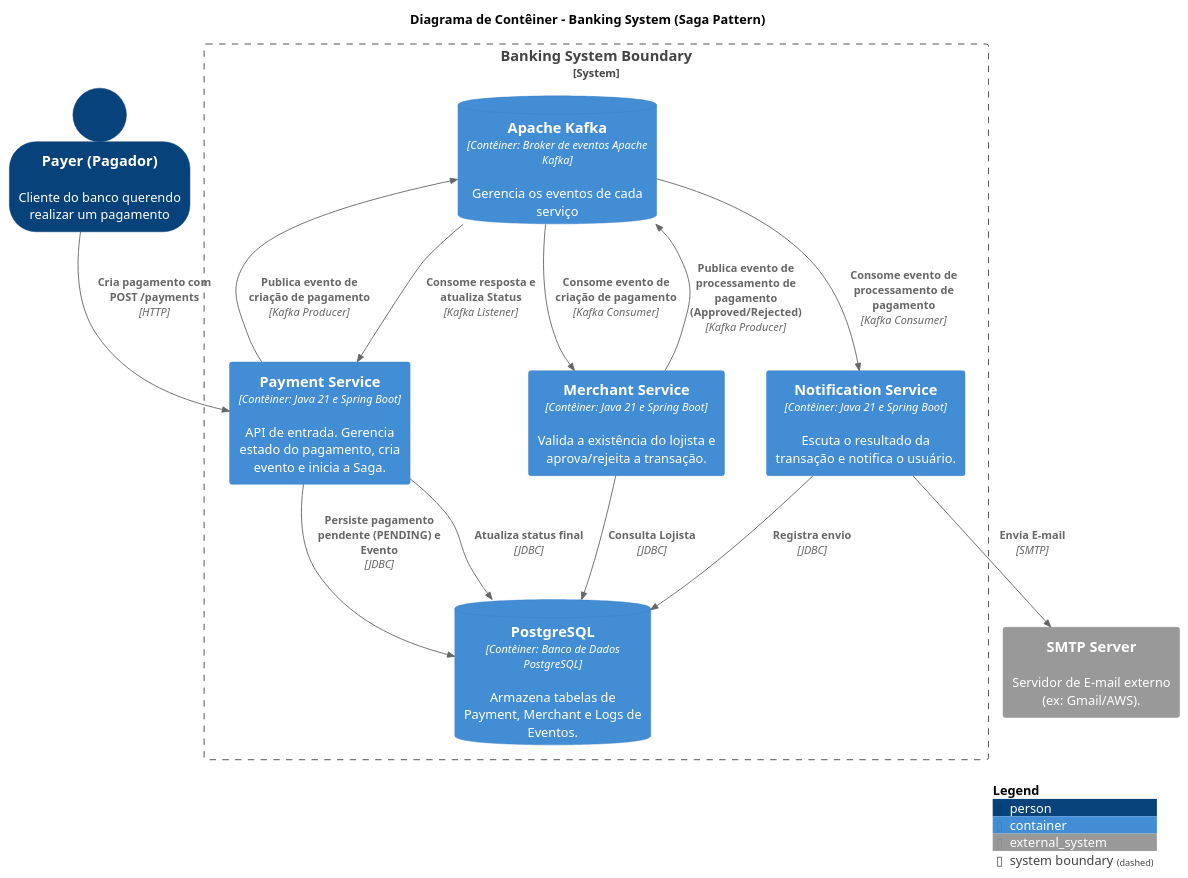
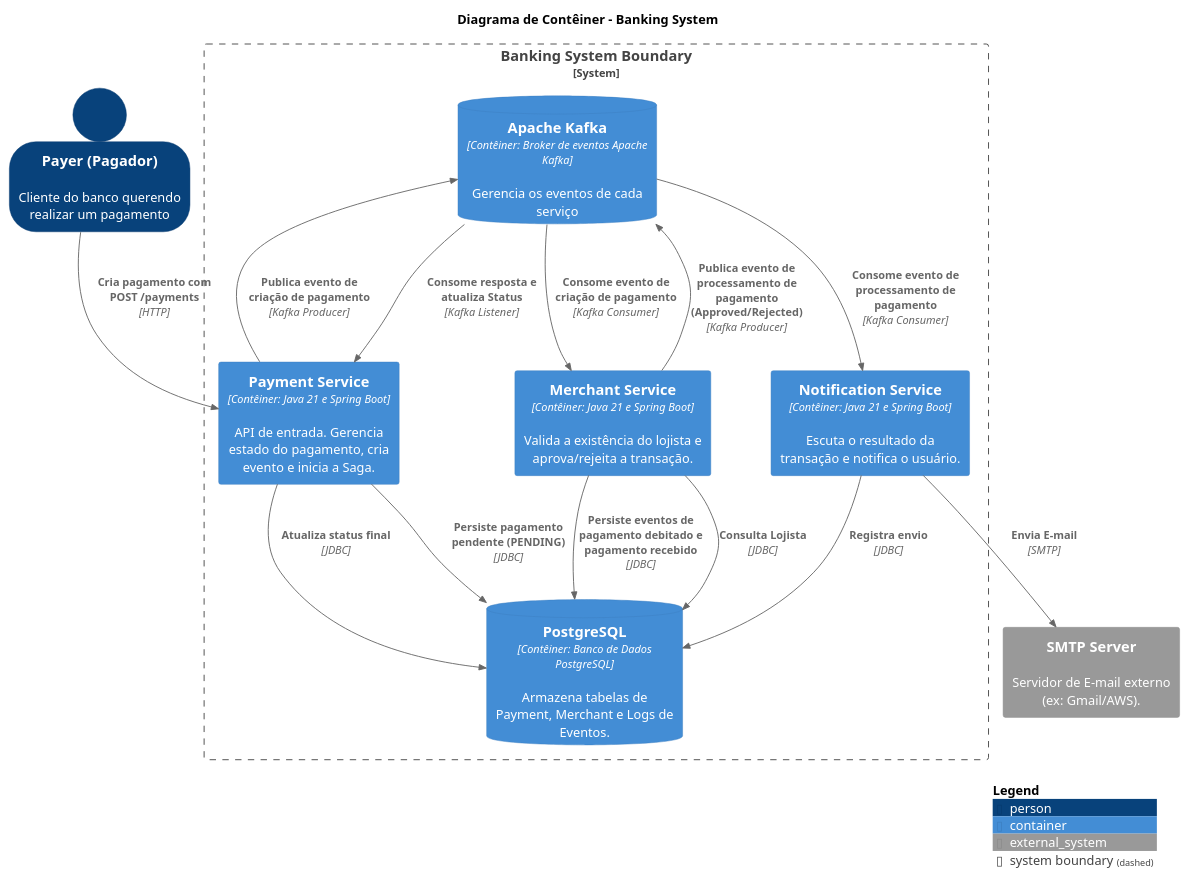
Before and after one commit to PeCandido/BankingSystem-EventDriven-SagaPattern: the diagram in C4-Model/Container.puml, drawn with PlantUML.

Commit message:
docs: C4-model diagram level 2 - container level

```diff
--- a/C4-Model/Container.puml
+++ b/C4-Model/Container.puml
@@ -1,41 +1,42 @@
 @startuml
 !include https://raw.githubusercontent.com/plantuml-stdlib/C4-PlantUML/master/C4_Container.puml
-
 SHOW_PERSON_OUTLINE()
 
-title Diagrama de Contêiner - Banking System (Saga Pattern)
+title Diagrama de Contêiner - Banking System
 
 Person(payer, "Payer (Pagador)", "Cliente do banco querendo realizar um pagamento")
 System_Ext(smtp, "SMTP Server", "Servidor de E-mail externo (ex: Gmail/AWS).")
 
 System_Boundary(banking_system, "Banking System Boundary") {
     ContainerDb(kafka, "Apache Kafka", "Contêiner: Broker de eventos Apache Kafka", "Gerencia os eventos de cada serviço")
 
     ContainerDb(postgres, "PostgreSQL", "Contêiner: Banco de Dados PostgreSQL", "Armazena tabelas de Payment, Merchant e Logs de Eventos.")
 
     Container(payment_svc, "Payment Service", "Contêiner: Java 21 e Spring Boot", "API de entrada. Gerencia estado do pagamento, cria evento e inicia a Saga.", $tags="microservice")
 
     Container(merchant_svc, "Merchant Service", "Contêiner: Java 21 e Spring Boot", "Valida a existência do lojista e aprova/rejeita a transação.", $tags="microservice")
 
     Container(notif_svc, "Notification Service", "Contêiner: Java 21 e Spring Boot", "Escuta o resultado da transação e notifica o usuário.", $tags="microservice")
 }
 
 Rel(payer, payment_svc, "Cria pagamento com POST /payments", "HTTP")
 
-Rel(payment_svc, postgres, "Persiste pagamento pendente (PENDING) e Evento", "JDBC")
+Rel(payment_svc, postgres, "Persiste pagamento pendente (PENDING)", "JDBC")
 Rel(payment_svc, kafka, "Publica evento de criação de pagamento", "Kafka Producer")
 
 Rel(kafka, merchant_svc, "Consome evento de criação de pagamento", "Kafka Consumer")
 Rel(merchant_svc, postgres, "Consulta Lojista", "JDBC")
+Rel(merchant_svc, postgres, "Persiste eventos de pagamento debitado e pagamento recebido", "JDBC")
 Rel(merchant_svc, kafka, "Publica evento de processamento de pagamento (Approved/Rejected)", "Kafka Producer")
 
 Rel(kafka, payment_svc, "Consome resposta e atualiza Status", "Kafka Listener")
 Rel(payment_svc, postgres, "Atualiza status final", "JDBC")
 
 Rel(kafka, notif_svc, "Consome evento de processamento de pagamento", "Kafka Consumer")
+
 Rel(notif_svc, smtp, "Envia E-mail", "SMTP")
 Rel(notif_svc, postgres, "Registra envio", "JDBC")
 
 SHOW_LEGEND()
 
 @enduml
```
